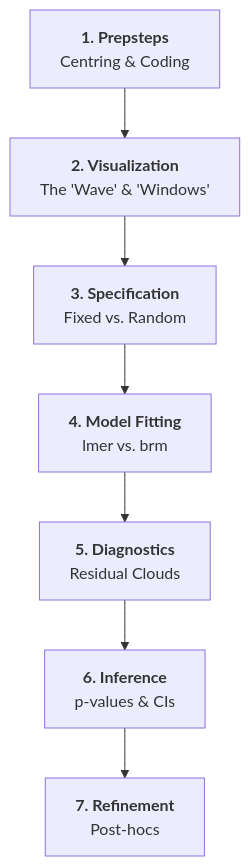
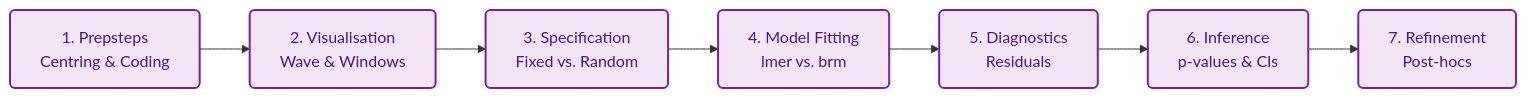
Before and after one commit to GM024/CourseSummaries: the diagram in Mixed_Effects_Models/Complete Literature Over.md, drawn with Mermaid.

Commit message:
Update Mermaid visual for better text fit and purple styling

````diff
--- a/Mixed_Effects_Models/Complete Literature Over.md
+++ b/Mixed_Effects_Models/Complete Literature Over.md
@@ -11,12 +11,15 @@
 ```mermaid
-graph TD
-    S1["<b>1. Prepsteps</b><br>Centring & Coding"]
-    S2["<b>2. Visualization</b><br>The 'Wave' & 'Windows'"]
-    S3["<b>3. Specification</b><br>Fixed vs. Random"]
-    S4["<b>4. Model Fitting</b><br>lmer vs. brm"]
-    S5["<b>5. Diagnostics</b><br>Residual Clouds"]
-    S6["<b>6. Inference</b><br>p-values & CIs"]
-    S7["<b>7. Refinement</b><br>Post-hocs"]
+graph LR
+    S1["1. Prepsteps<br/>Centring & Coding"]
+    S2["2. Visualisation<br/>Wave & Windows"]
+    S3["3. Specification<br/>Fixed vs. Random"]
+    S4["4. Model Fitting<br/>lmer vs. brm"]
+    S5["5. Diagnostics<br/>Residuals"]
+    S6["6. Inference<br/>p-values & CIs"]
+    S7["7. Refinement<br/>Post-hocs"]
 
     S1 --> S2 --> S3 --> S4 --> S5 --> S6 --> S7
+
+    classDef purple fill:#f3e5f5,stroke:#7b1fa2,stroke-width:2px,rx:5,ry:5,color:#4a148c;
+    class S1,S2,S3,S4,S5,S6,S7 purple
 ```
````
